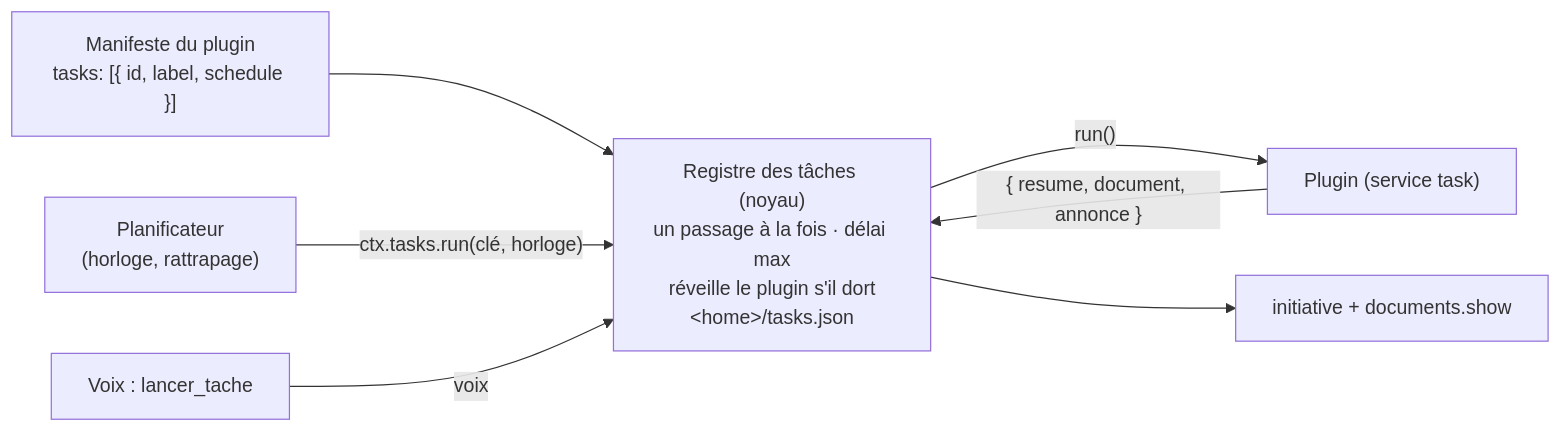
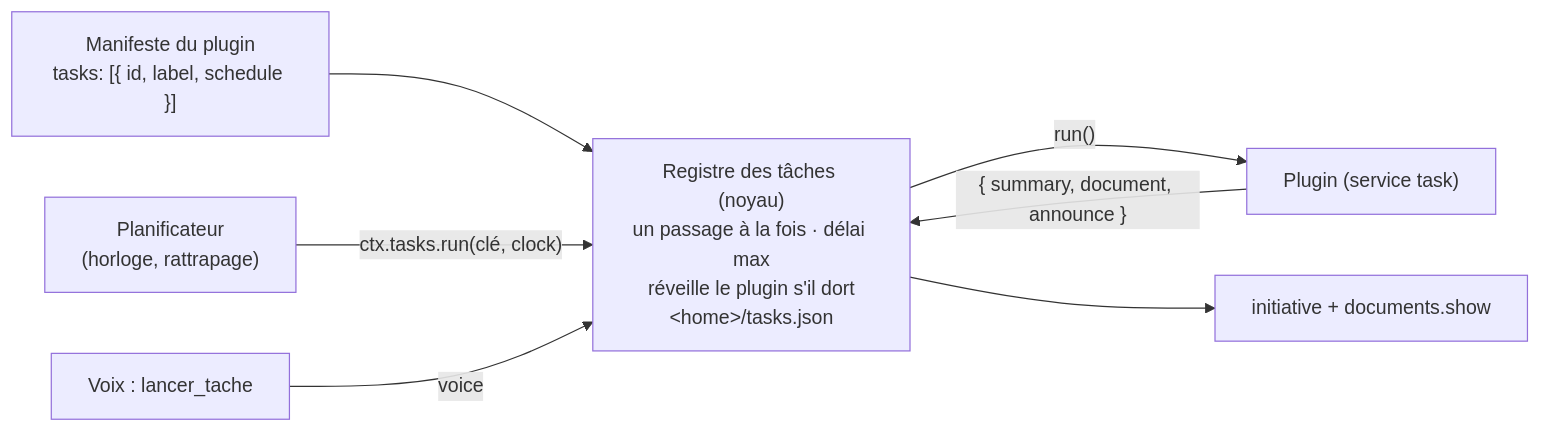
The diagram in docs/spec/taches.md (gleborgne/floppy), drawn with Mermaid before and after one commit. The commit also changed other lines of this file and 96 other files, not shown here.

````diff
--- a/docs/spec/taches.md
+++ b/docs/spec/taches.md
@@ -19,10 +19,10 @@
 ```mermaid
 flowchart LR
   M["Manifeste du plugin<br/>tasks: [{ id, label, schedule }]"] --> R
   R["Registre des tâches (noyau)<br/>un passage à la fois · délai max<br/>réveille le plugin s'il dort<br/>&lt;home&gt;/tasks.json"]
-  H["Planificateur<br/>(horloge, rattrapage)"] -- "ctx.tasks.run(clé, horloge)" --> R
-  V["Voix : lancer_tache"] -- "voix" --> R
+  H["Planificateur<br/>(horloge, rattrapage)"] -- "ctx.tasks.run(clé, clock)" --> R
+  V["Voix : lancer_tache"] -- "voice" --> R
   R -- "run()" --> P["Plugin (service task)"]
-  P -- "{ resume, document, annonce }" --> R
+  P -- "{ summary, document, announce }" --> R
   R --> A["initiative + documents.show"]
 ```
````
